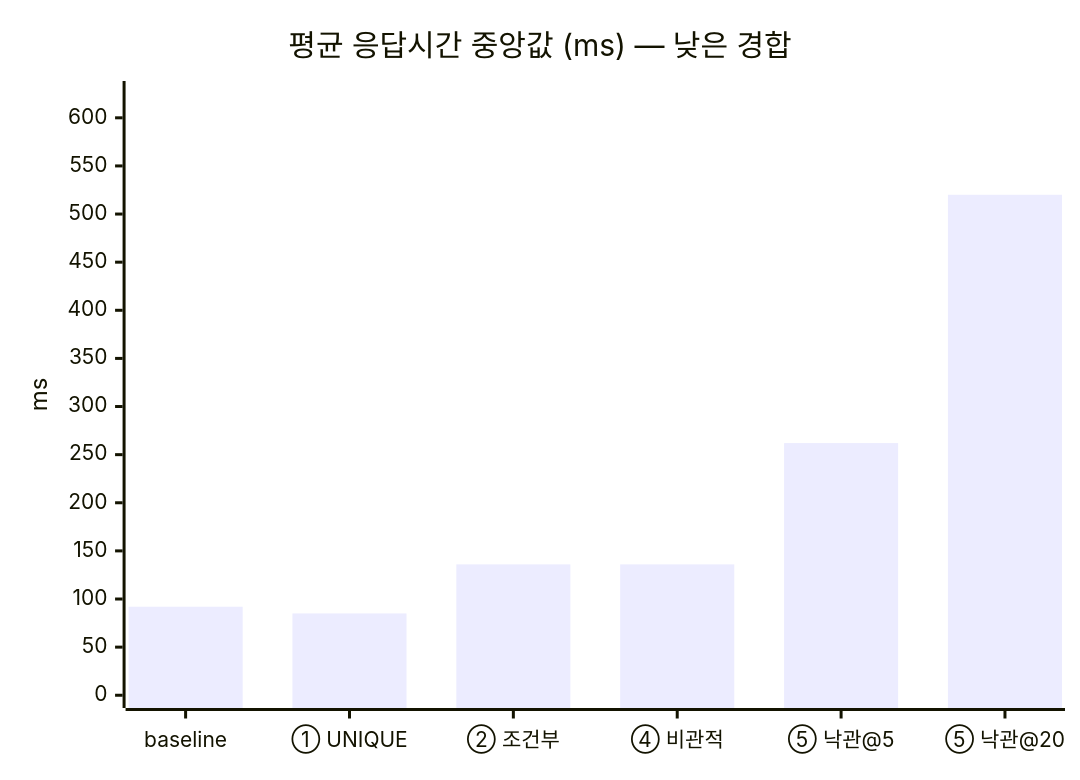
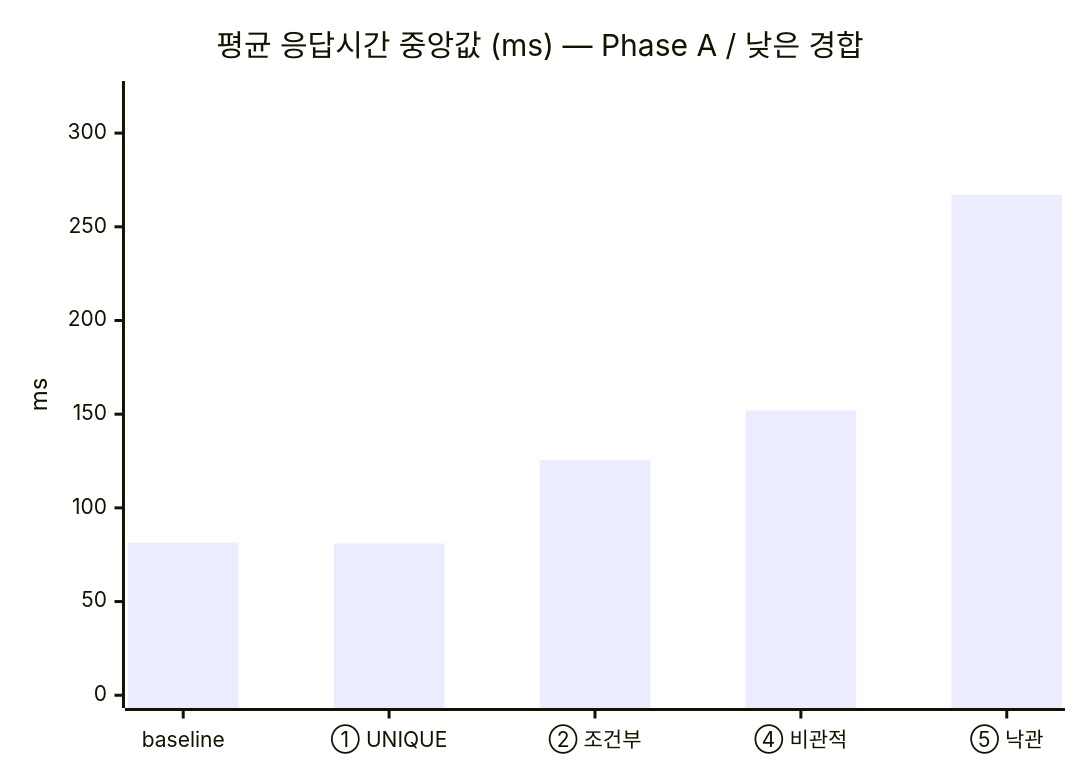
The first of 4 diagrams in docs/STEP2-DEFENSE-BENCHMARK.md (SangHyeok0908/Concurrency-Control), drawn with Mermaid before and after one commit. The commit also changed other lines of this file and 8 other files, not shown here.

````diff
--- a/docs/STEP2-DEFENSE-BENCHMARK.md
+++ b/docs/STEP2-DEFENSE-BENCHMARK.md
@@ -147,7 +135,7 @@
 ```mermaid
 xychart-beta
-    title "평균 응답시간 중앙값 (ms) — 낮은 경합"
-    x-axis ["baseline", "① UNIQUE", "② 조건부", "④ 비관적", "⑤ 낙관@5", "⑤ 낙관@20"]
-    y-axis "ms" 0 --> 625
-    bar [92, 85, 136, 136, 262, 520]
+    title "평균 응답시간 중앙값 (ms) — Phase A / 낮은 경합"
+    x-axis ["baseline", "① UNIQUE", "② 조건부", "④ 비관적", "⑤ 낙관"]
+    y-axis "ms" 0 --> 321
+    bar [81.5, 81, 125.5, 152, 267]
 ```
````
